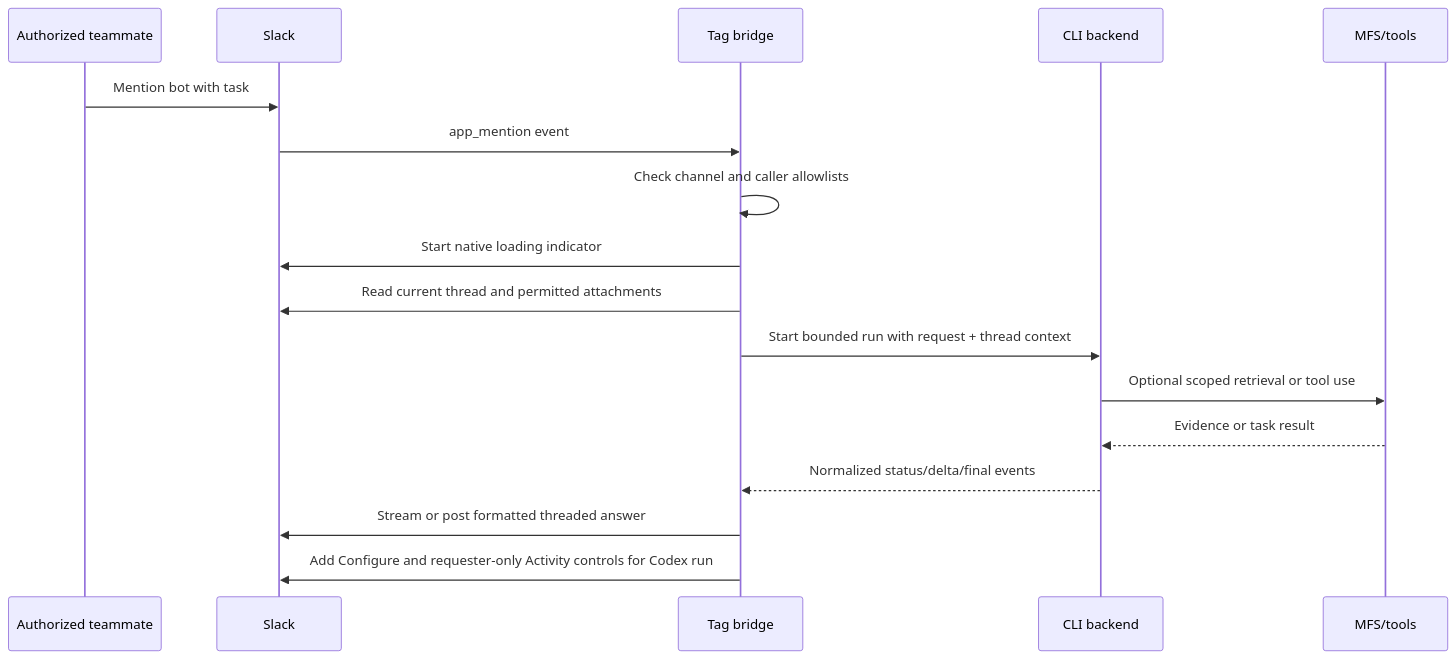
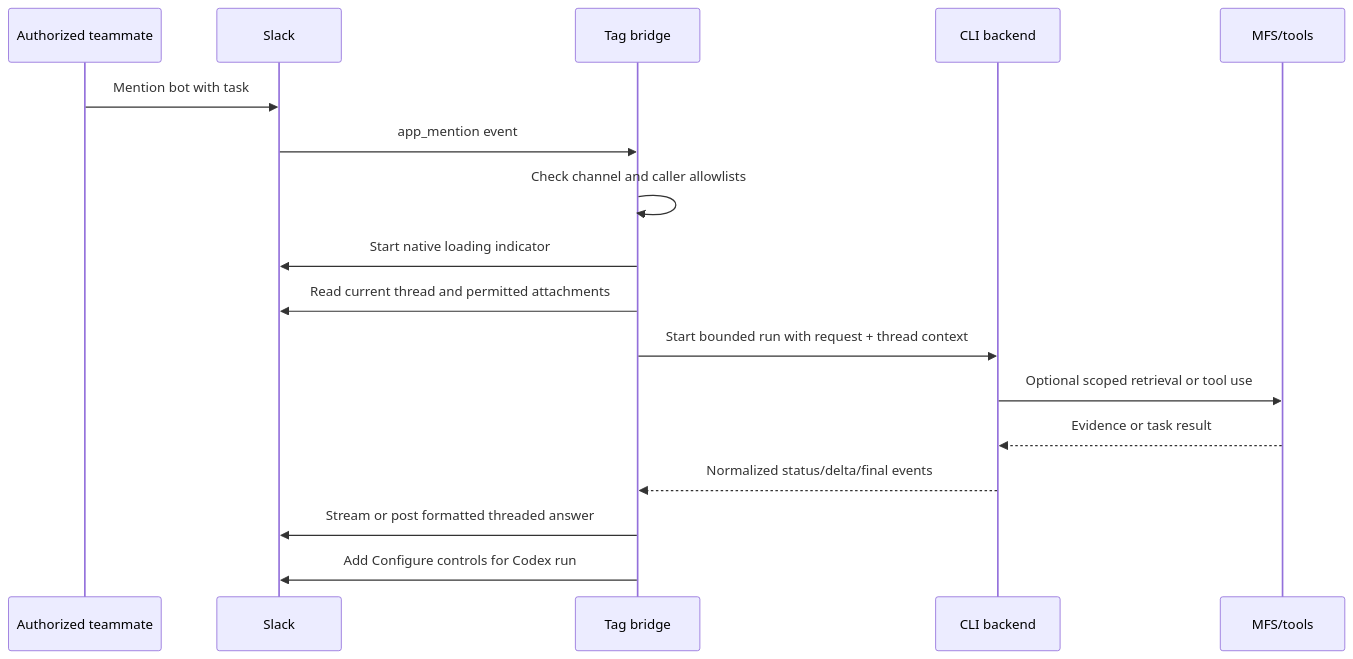
One commit to klovr-co/hover-tag changed the sixth of 18 diagrams in docs/user-flows.md. Above: the diagram before and after it, drawn with Mermaid. The commit also changed other lines of this file and 14 other files, not shown here.

Commit message:
Show live Codex activity and discover account models

````diff
--- a/docs/user-flows.md
+++ b/docs/user-flows.md
@@ -245,20 +244,20 @@
 ```mermaid
 sequenceDiagram
     participant U as Authorized teammate
     participant S as Slack
     participant T as Tag bridge
     participant B as CLI backend
     participant M as MFS/tools
 
     U->>S: Mention bot with task
     S->>T: app_mention event
     T->>T: Check channel and caller allowlists
     T->>S: Start native loading indicator
     T->>S: Read current thread and permitted attachments
     T->>B: Start bounded run with request + thread context
     B->>M: Optional scoped retrieval or tool use
     M-->>B: Evidence or task result
     B-->>T: Normalized status/delta/final events
     T->>S: Stream or post formatted threaded answer
-    T->>S: Add Configure and requester-only Activity controls for Codex run
+    T->>S: Add Configure controls for Codex run
 ```
````
